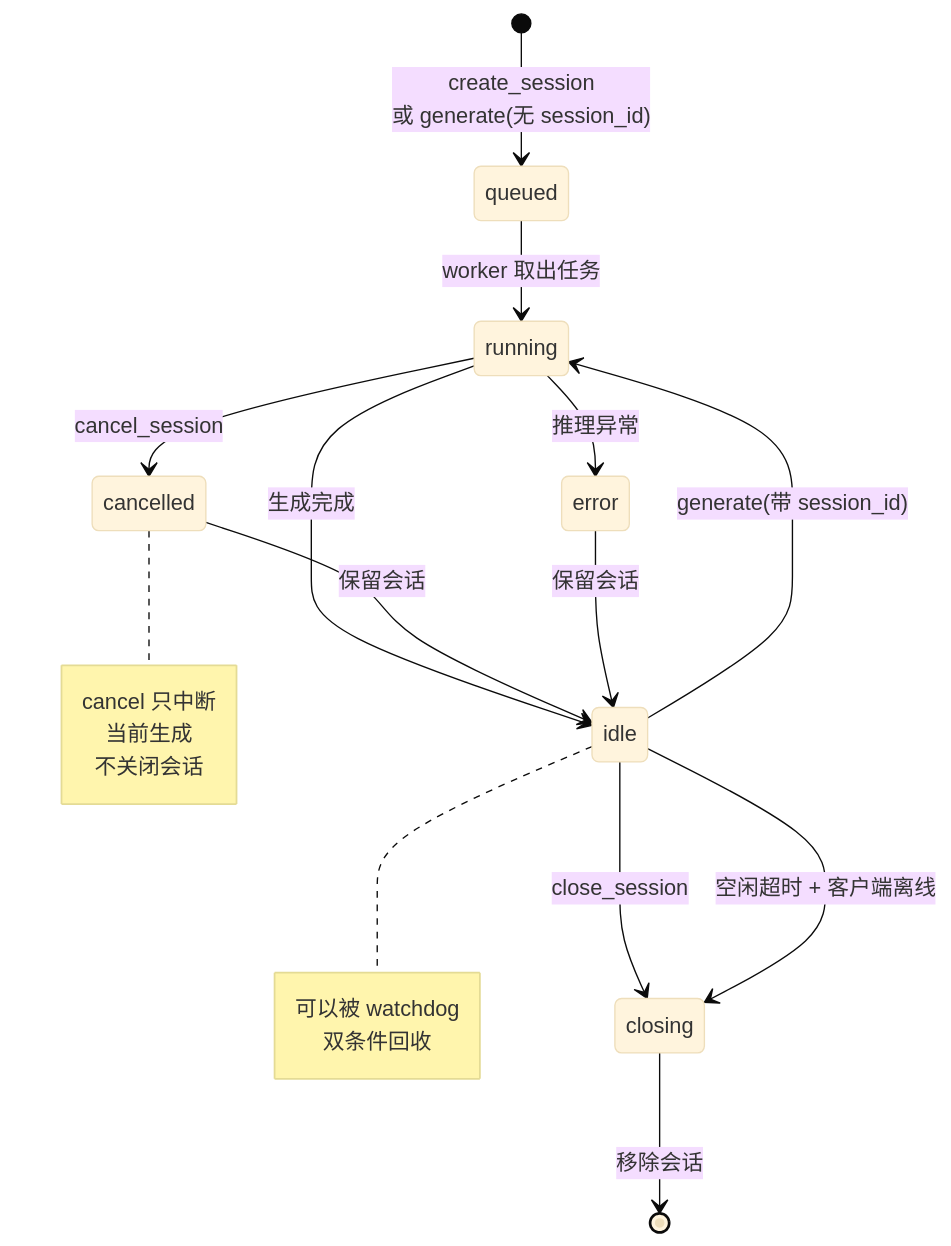
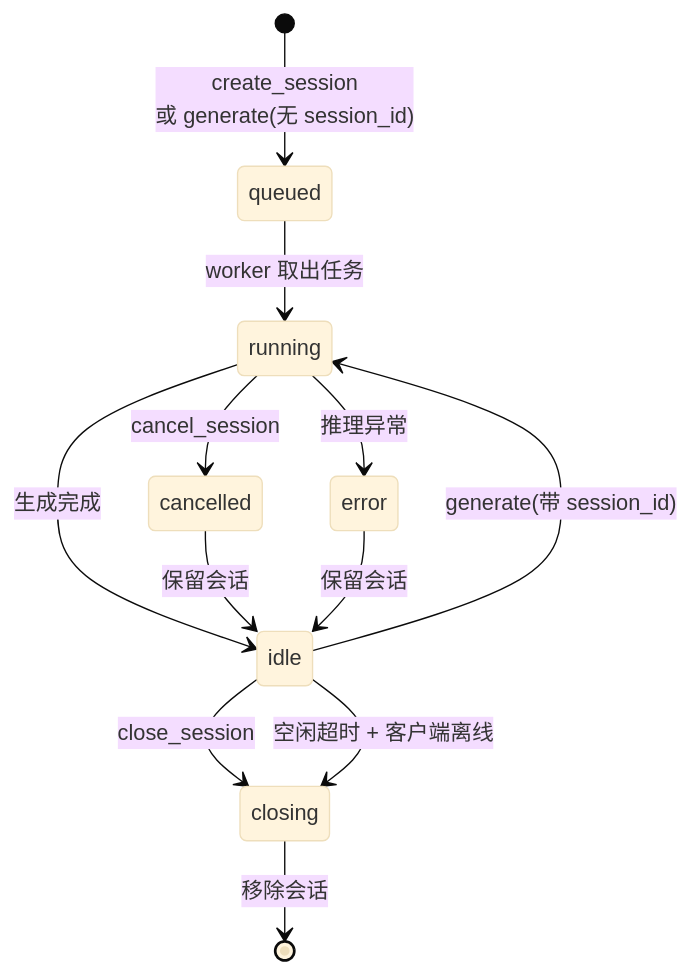
One commit to PassByYou888/LingoFuse-pasAgent changed the ninth of 28 diagrams in src/llm-service/LingoFuse_LLM_Ecosystem_User_Guide.md. Above: the diagram before and after it, drawn with Mermaid (base theme). The commit also changed other lines of this file, not shown here.

````diff
--- a/src/llm-service/LingoFuse_LLM_Ecosystem_User_Guide.md
+++ b/src/llm-service/LingoFuse_LLM_Ecosystem_User_Guide.md
@@ -255,23 +323,14 @@
 ```mermaid
 stateDiagram-v2
     [*] --> queued: create_session<br/>或 generate(无 session_id)
     queued --> running: worker 取出任务
     running --> idle: 生成完成
     running --> cancelled: cancel_session
     running --> error: 推理异常
     idle --> running: generate(带 session_id)
     idle --> closing: close_session
     idle --> closing: 空闲超时 + 客户端离线
     cancelled --> idle: 保留会话
     error --> idle: 保留会话
     closing --> [*]: 移除会话
-    note right of idle
-        可以被 watchdog
-        双条件回收
-    end note
-    note right of cancelled
-        cancel 只中断
-        当前生成
-        不关闭会话
-    end note
 ```
````
